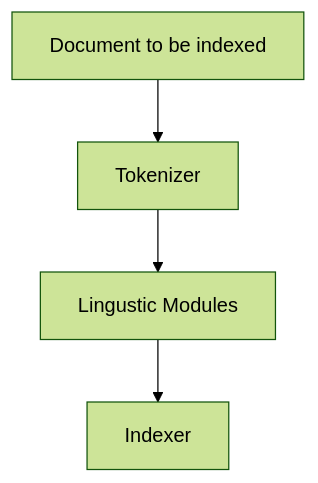
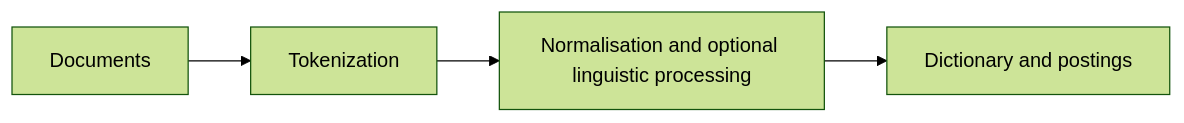
Before and after one commit to aaronjoseph/DataScienceNotes: the diagram in Inverted Index.md, drawn with Mermaid (forest theme). The commit also changed other lines of this file and 81 other files, not shown here.

````diff
--- a/Inverted Index.md
+++ b/Inverted Index.md
@@ -3,6 +9,6 @@
 ```mermaid
-graph TB 
-A[Document to be indexed] --> B[Tokenizer] 
-B --> C[Lingustic Modules] 
-C --> D[Indexer] 
+flowchart LR
+    D[Documents] --> T[Tokenization]
+    T --> A[Normalisation and optional linguistic processing]
+    A --> I[Dictionary and postings]
 ```
````
